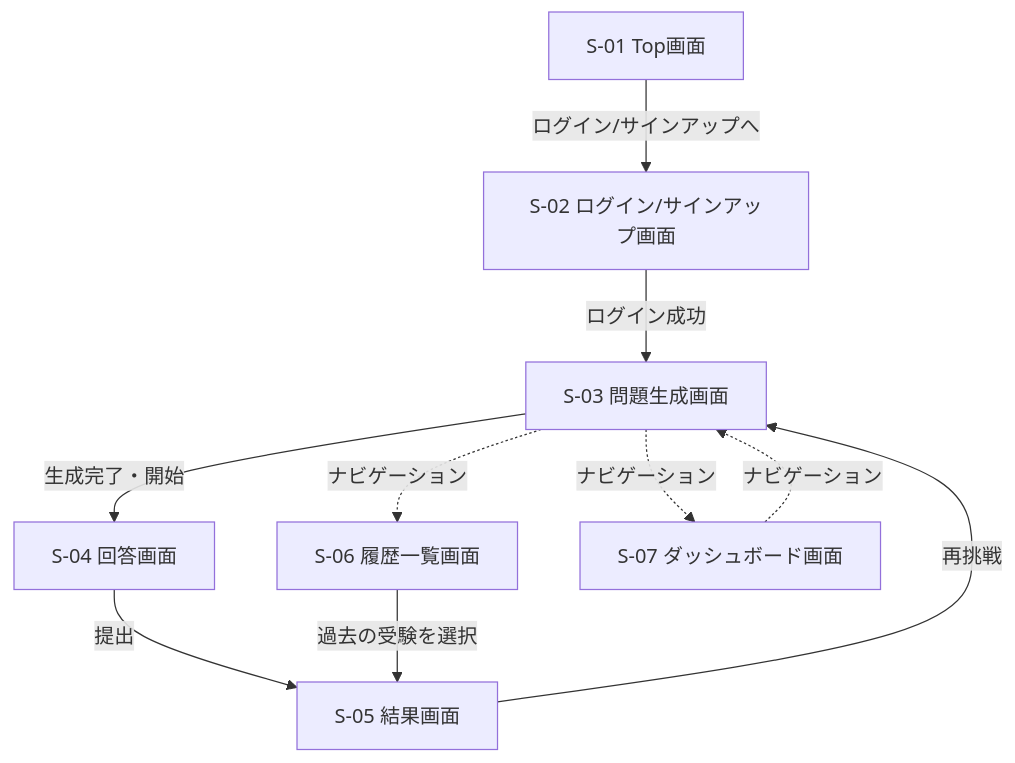
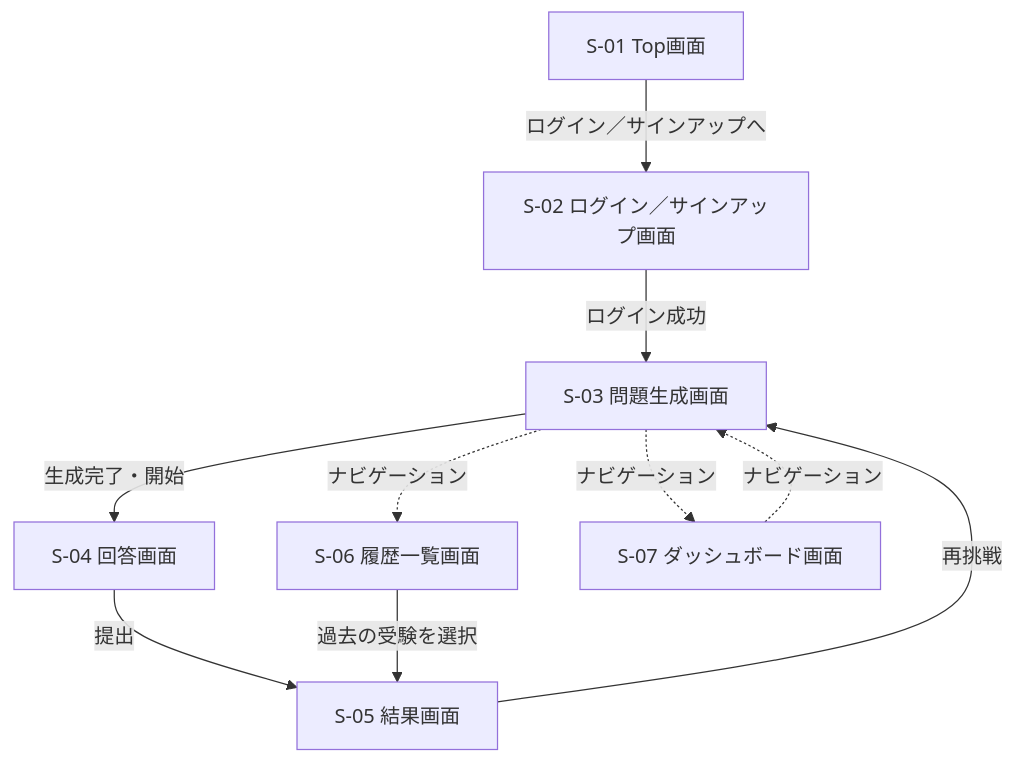
One commit to h-fujiwara-dev/ielts-creater changed the diagram in docs/画面遷移図.md. Above: the diagram before and after it, drawn with Mermaid. The commit also changed other lines of this file and 3 other files, not shown here.

````diff
--- a/docs/画面遷移図.md
+++ b/docs/画面遷移図.md
@@ -6,12 +7,12 @@
 ```mermaid
 flowchart TD
-    S01[S-01 Top画面] -->|ログイン/サインアップへ| S02[S-02 ログイン/サインアップ画面]
+    S01[S-01 Top画面] -->|ログイン／サインアップへ| S02[S-02 ログイン／サインアップ画面]
     S02 -->|ログイン成功| S03[S-03 問題生成画面]
     S03 -->|生成完了・開始| S04[S-04 回答画面]
     S04 -->|提出| S05[S-05 結果画面]
     S05 -->|再挑戦| S03
     S03 -.ナビゲーション.-> S06[S-06 履歴一覧画面]
     S03 -.ナビゲーション.-> S07[S-07 ダッシュボード画面]
     S06 -->|過去の受験を選択| S05
     S07 -.ナビゲーション.-> S03
 ```
````
